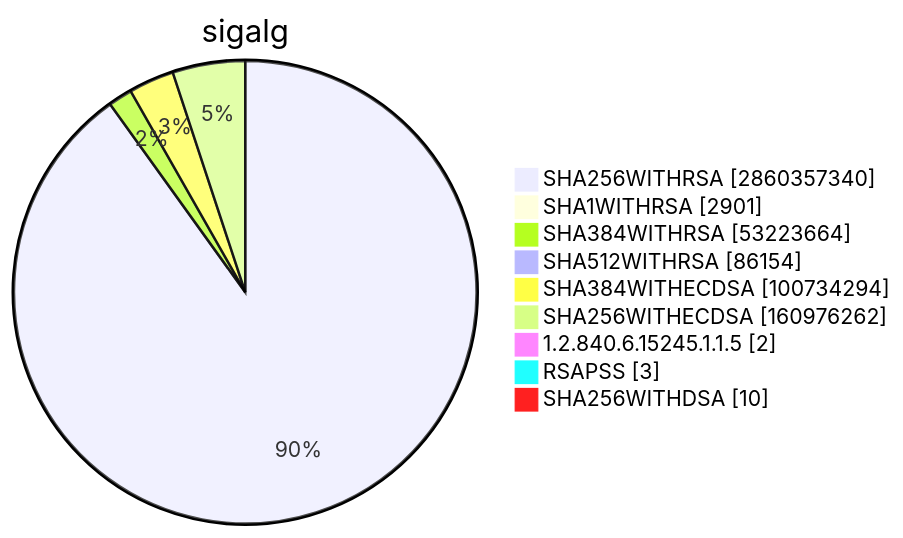
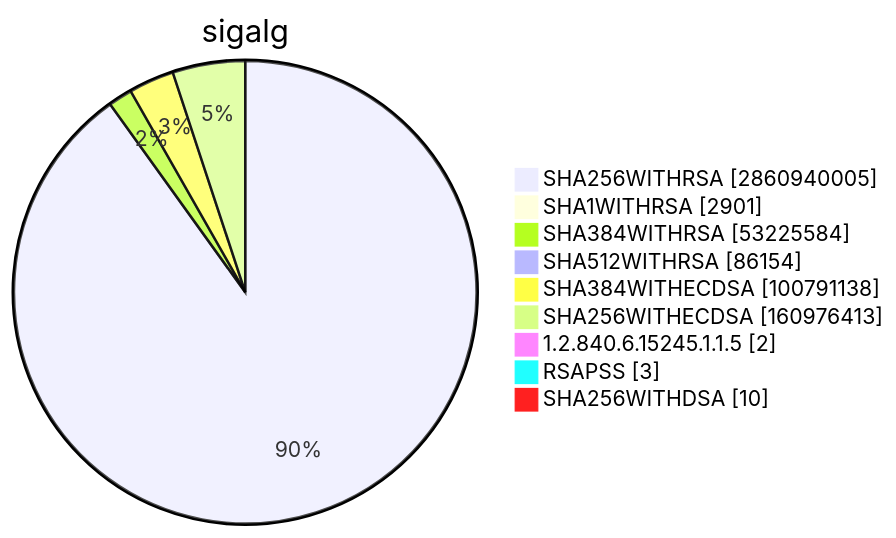
Diagram 15 of 15 in TOTAL/README.md (christiankrug/ctmonitor_visualization), drawn with Mermaid before and after one commit. The commit also changed other lines of this file, not shown here.

````diff
--- a/TOTAL/README.md
+++ b/TOTAL/README.md
@@ -6207,13 +6207,13 @@
 ```mermaid
 pie showData
 title sigalg
-"SHA256WITHRSA" :2860357340
+"SHA256WITHRSA" :2860940005
 "SHA1WITHRSA" :2901
-"SHA384WITHRSA" :53223664
+"SHA384WITHRSA" :53225584
 "SHA512WITHRSA" :86154
-"SHA384WITHECDSA" :100734294
-"SHA256WITHECDSA" :160976262
+"SHA384WITHECDSA" :100791138
+"SHA256WITHECDSA" :160976413
 "1.2.840.6.15245.1.1.5" :2
 "RSAPSS" :3
 "SHA256WITHDSA" :10
 ```
````
